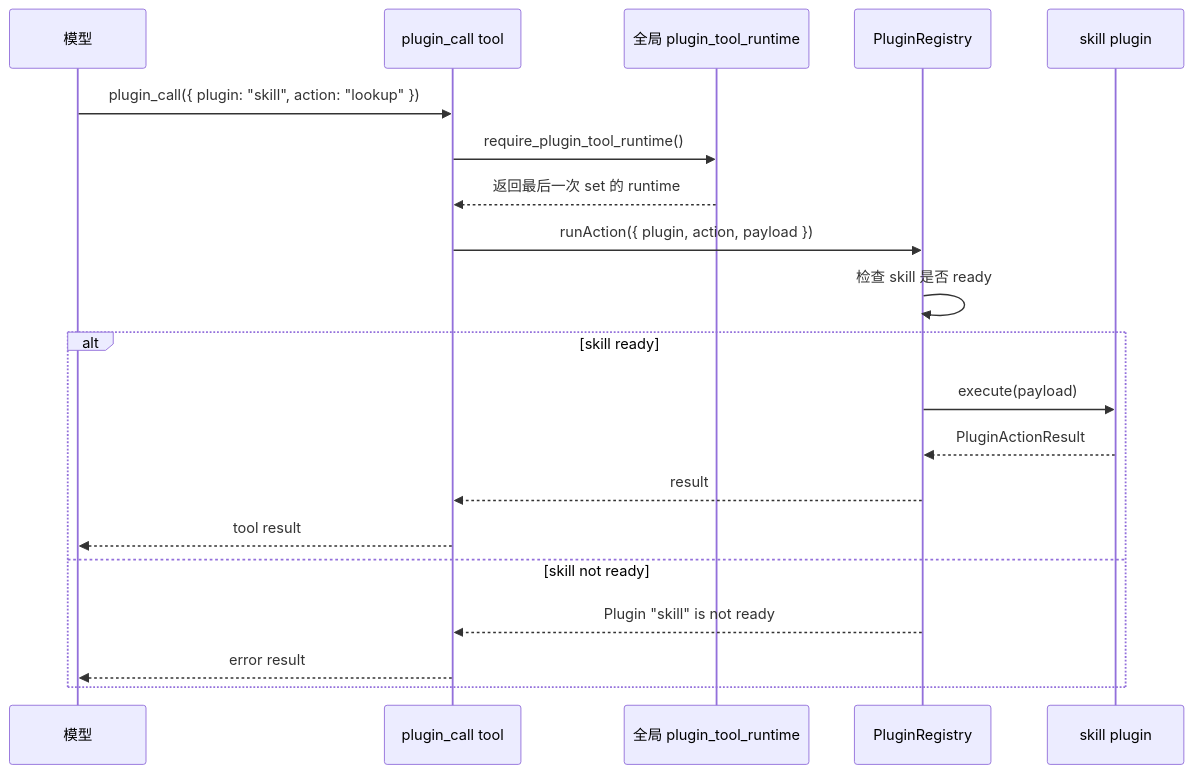
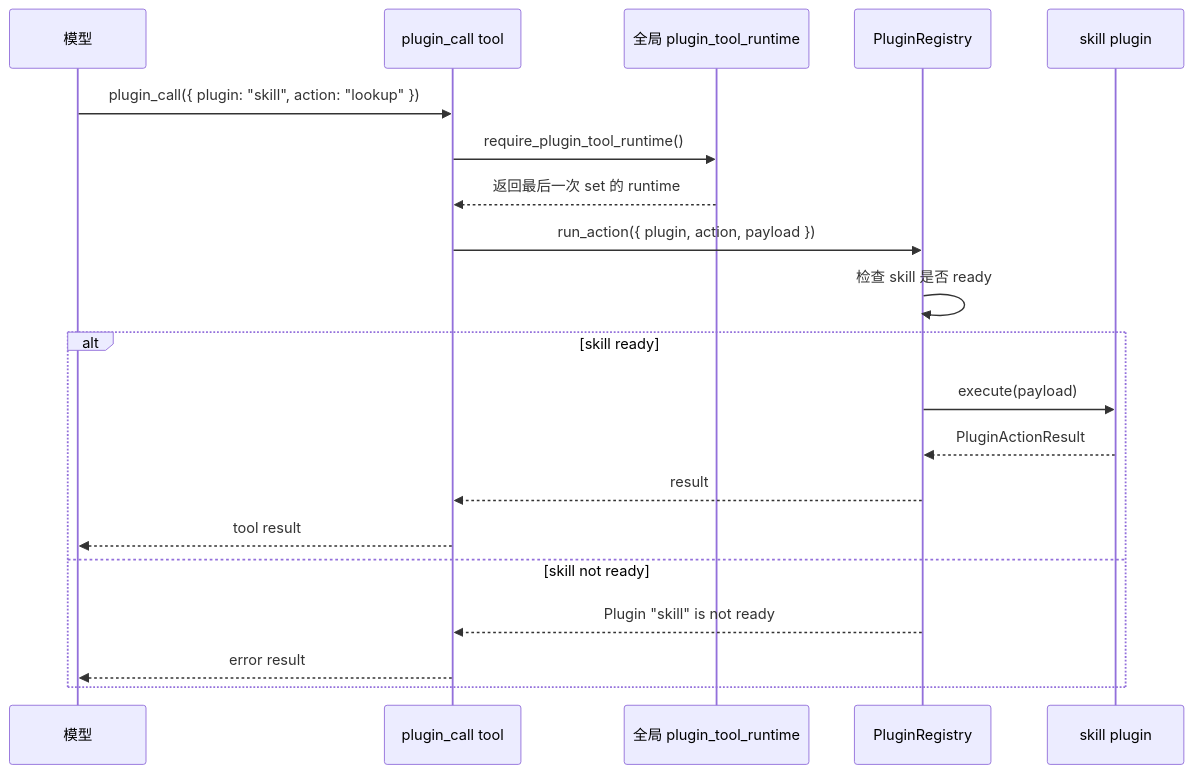
One commit to genesiscosmos/downcity changed the second of 10 diagrams in docs/agent-plugin-runtime-redesign-prd.md. Above: the diagram before and after it, drawn with Mermaid. The commit also changed other lines of this file and 107 other files, not shown here.

````diff
--- a/docs/agent-plugin-runtime-redesign-prd.md
+++ b/docs/agent-plugin-runtime-redesign-prd.md
@@ -95,23 +95,23 @@
 ```mermaid
 sequenceDiagram
   participant Model as 模型
   participant Tool as plugin_call tool
   participant Global as 全局 plugin_tool_runtime
   participant Registry as PluginRegistry
   participant Skill as skill plugin
 
   Model->>Tool: plugin_call({ plugin: "skill", action: "lookup" })
   Tool->>Global: require_plugin_tool_runtime()
   Global-->>Tool: 返回最后一次 set 的 runtime
-  Tool->>Registry: runAction({ plugin, action, payload })
+  Tool->>Registry: run_action({ plugin, action, payload })
   Registry->>Registry: 检查 skill 是否 ready
   alt skill ready
     Registry->>Skill: execute(payload)
     Skill-->>Registry: PluginActionResult
     Registry-->>Tool: result
     Tool-->>Model: tool result
   else skill not ready
     Registry-->>Tool: Plugin "skill" is not ready
     Tool-->>Model: error result
   end
 ```
````
